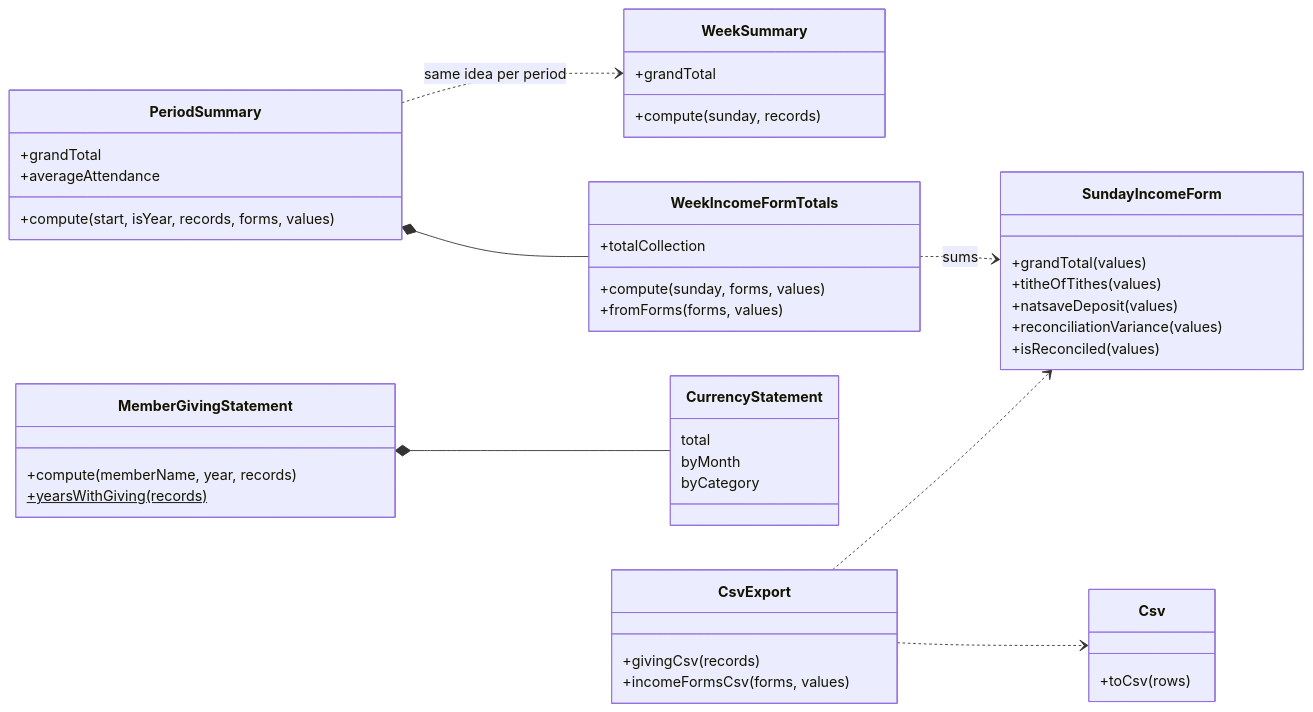
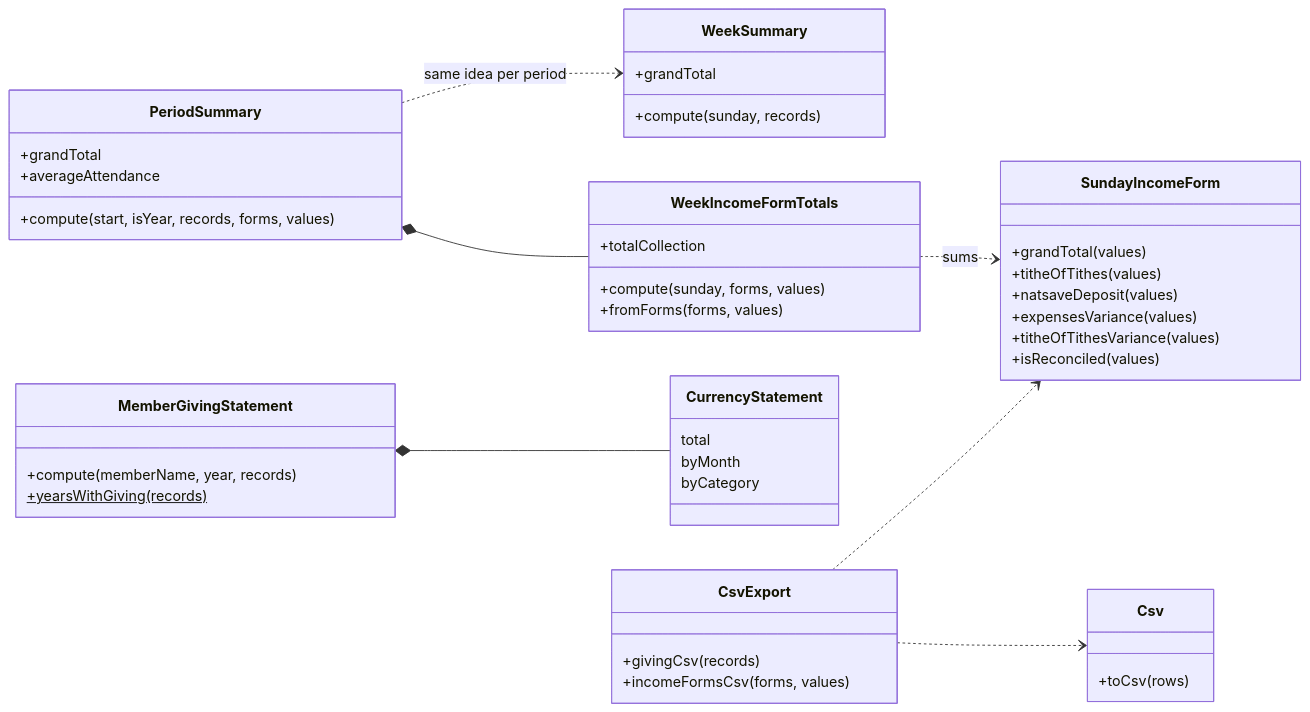
The fourth of 8 diagrams in docs/UML.md (kasondebbuku-spec/Lukulu-Bread-of-Life-Church), drawn with Mermaid before and after one commit. The commit also changed other lines of this file and 17 other files, not shown here.

First line of the commit message:
Keep the tithe of tithes and the expenses separate on the income form

````diff
--- a/docs/UML.md
+++ b/docs/UML.md
@@ -278,48 +280,49 @@
 ```mermaid
 classDiagram
     direction LR
     class SundayIncomeForm {
         +grandTotal(values)
         +titheOfTithes(values)
         +natsaveDeposit(values)
-        +reconciliationVariance(values)
+        +expensesVariance(values)
+        +titheOfTithesVariance(values)
         +isReconciled(values)
     }
     class WeekSummary {
         +compute(sunday, records)
         +grandTotal
     }
     class WeekIncomeFormTotals {
         +compute(sunday, forms, values)
         +fromForms(forms, values)
         +totalCollection
     }
     class PeriodSummary {
         +compute(start, isYear, records, forms, values)
         +grandTotal
         +averageAttendance
     }
     class MemberGivingStatement {
         +compute(memberName, year, records)
         +yearsWithGiving(records)$
     }
     class CurrencyStatement {
         total
         byMonth
         byCategory
     }
     class CsvExport {
         +givingCsv(records)
         +incomeFormsCsv(forms, values)
     }
     class Csv {
         +toCsv(rows)
     }
 
     WeekIncomeFormTotals ..> SundayIncomeForm : sums
     PeriodSummary *-- WeekIncomeFormTotals
     PeriodSummary ..> WeekSummary : same idea per period
     MemberGivingStatement *-- CurrencyStatement
     CsvExport ..> Csv
     CsvExport ..> SundayIncomeForm
 ```
````
